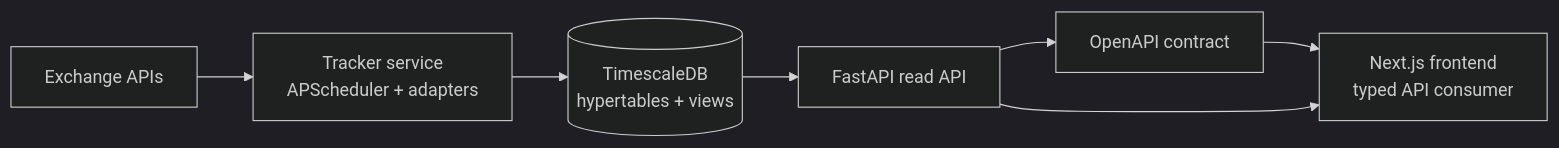
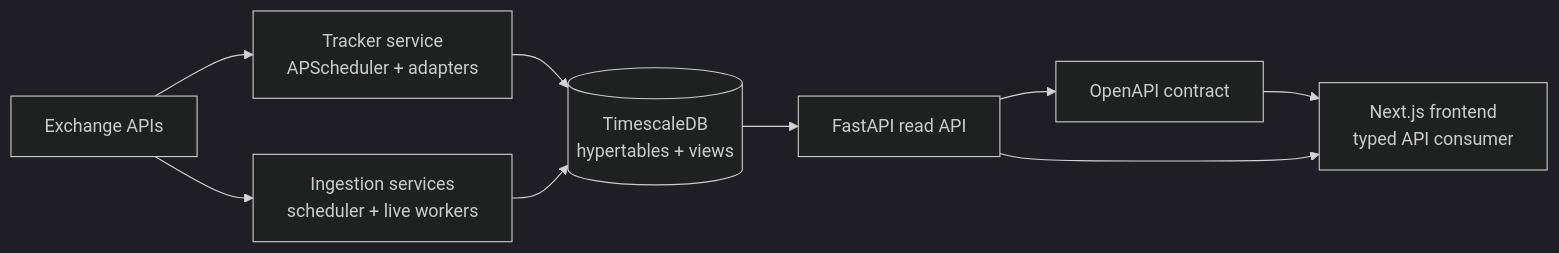
The first of 2 diagrams in README.md (NikitaPirate/fundingpulse), drawn with Mermaid (dark theme) before and after one commit. The commit also changed other lines of this file and 1 other file, not shown here.

````diff
--- a/README.md
+++ b/README.md
@@ -18,16 +18,19 @@
 ```mermaid
 flowchart LR
     Exchanges["Exchange APIs"]
     Tracker["Tracker service<br/>APScheduler + adapters"]
+    Ingestion["Ingestion services<br/>scheduler + live workers"]
     DB[("TimescaleDB<br/>hypertables + views")]
     API["FastAPI read API"]
     Contract["OpenAPI contract"]
     Frontend["Next.js frontend<br/>typed API consumer"]
 
     Exchanges --> Tracker
+    Exchanges --> Ingestion
     Tracker --> DB
+    Ingestion --> DB
     DB --> API
     API --> Contract
     Contract --> Frontend
     API --> Frontend
 ```
````
